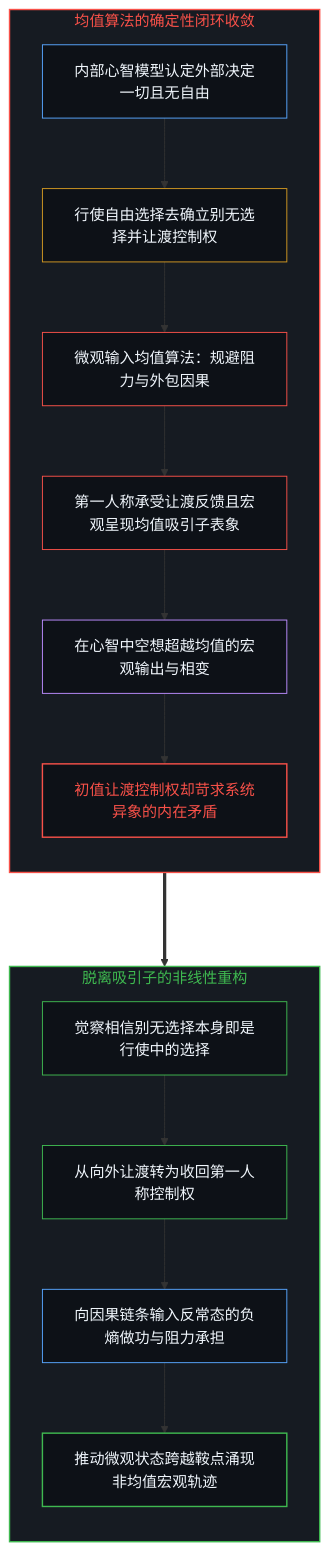
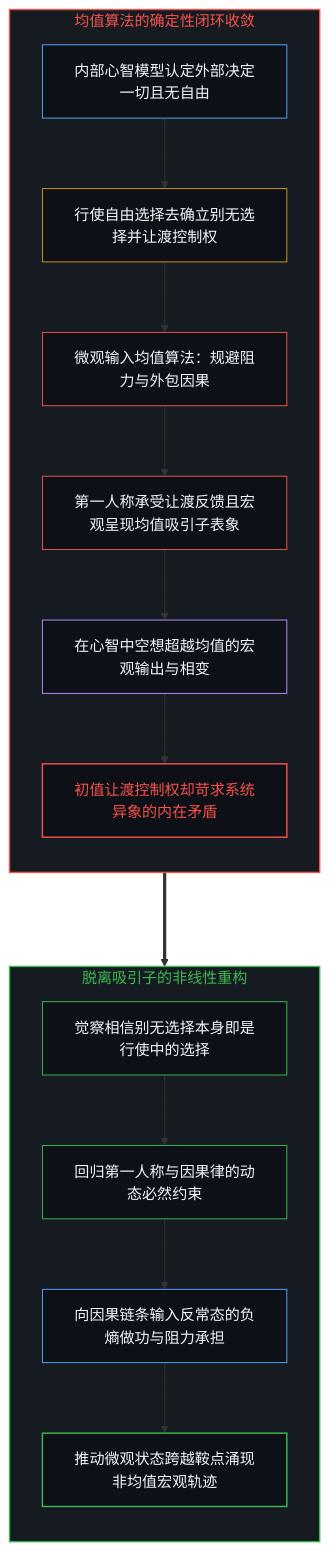
One commit to powerpig99/not-a-toe changed the third of 10 diagrams in content/posts/the-explanatory-trap-of-the-ordinary-perspective.md. Above: the diagram before and after it, drawn with Mermaid. The commit also changed other lines of this file and 4 other files, not shown here.

````diff
--- a/content/posts/the-explanatory-trap-of-the-ordinary-perspective.md
+++ b/content/posts/the-explanatory-trap-of-the-ordinary-perspective.md
@@ -93,33 +93,33 @@
 ```mermaid
 graph TD
     subgraph S_MeanAttractor ["均值算法的确定性闭环收敛"]
         direction TB
         M_Model["内部心智模型认定外部决定一切且无自由"] --> M_Choice["行使自由选择去确立别无选择并让渡控制权"]
         M_Choice --> M_Input["微观输入均值算法：规避阻力与外包因果"]
         M_Input --> M_Attractor["第一人称承受让渡反馈且宏观呈现均值吸引子表象"]
         M_Attractor --> M_Desire["在心智中空想超越均值的宏观输出与相变"]
         M_Desire --> M_Conflict["初值让渡控制权却苛求系统异象的内在矛盾"]
     end
 
     subgraph S_DivergentEngine ["脱离吸引子的非线性重构"]
         direction TB
-        D_Break["觉察相信别无选择本身即是行使中的选择"] --> D_Reclaim["从向外让渡转为收回第一人称控制权"]
+        D_Break["觉察相信别无选择本身即是行使中的选择"] --> D_Reclaim["回归第一人称与因果律的动态必然约束"]
         D_Reclaim --> D_Input["向因果链条输入反常态的负熵做功与阻力承担"]
         D_Input --> D_Emerge["推动微观状态跨越鞍点涌现非均值宏观轨迹"]
     end
 
     M_Conflict ===> D_Break
 
     style S_MeanAttractor fill:#161b22,stroke:#f85149,stroke-width:1.5px,color:#f85149
     style S_DivergentEngine fill:#161b22,stroke:#3fb950,stroke-width:1.5px,color:#3fb950
     style M_Model fill:#0d1117,stroke:#58a6ff,stroke-width:1px,color:#f0f6fc
     style M_Choice fill:#0d1117,stroke:#d29922,stroke-width:1px,color:#f0f6fc
     style M_Input fill:#0d1117,stroke:#f85149,stroke-width:1px,color:#f0f6fc
     style M_Attractor fill:#0d1117,stroke:#f85149,stroke-width:1px,color:#f0f6fc
     style M_Desire fill:#0d1117,stroke:#bc8cff,stroke-width:1px,color:#f0f6fc
     style M_Conflict fill:#0d1117,stroke:#f85149,stroke-width:1.5px,color:#f85149
     style D_Break fill:#0d1117,stroke:#3fb950,stroke-width:1px,color:#f0f6fc
     style D_Reclaim fill:#0d1117,stroke:#3fb950,stroke-width:1px,color:#f0f6fc
     style D_Input fill:#0d1117,stroke:#58a6ff,stroke-width:1px,color:#f0f6fc
     style D_Emerge fill:#0d1117,stroke:#3fb950,stroke-width:1.5px,color:#f0f6fc
 ```
````
